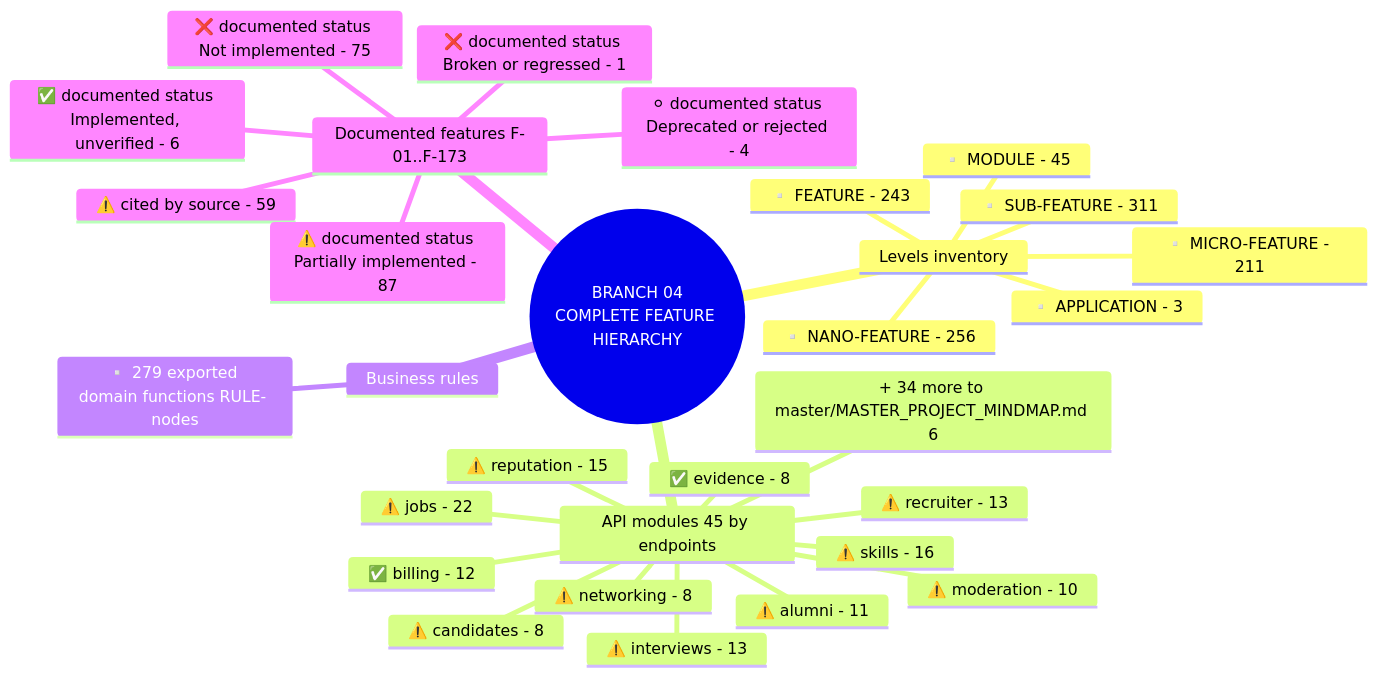
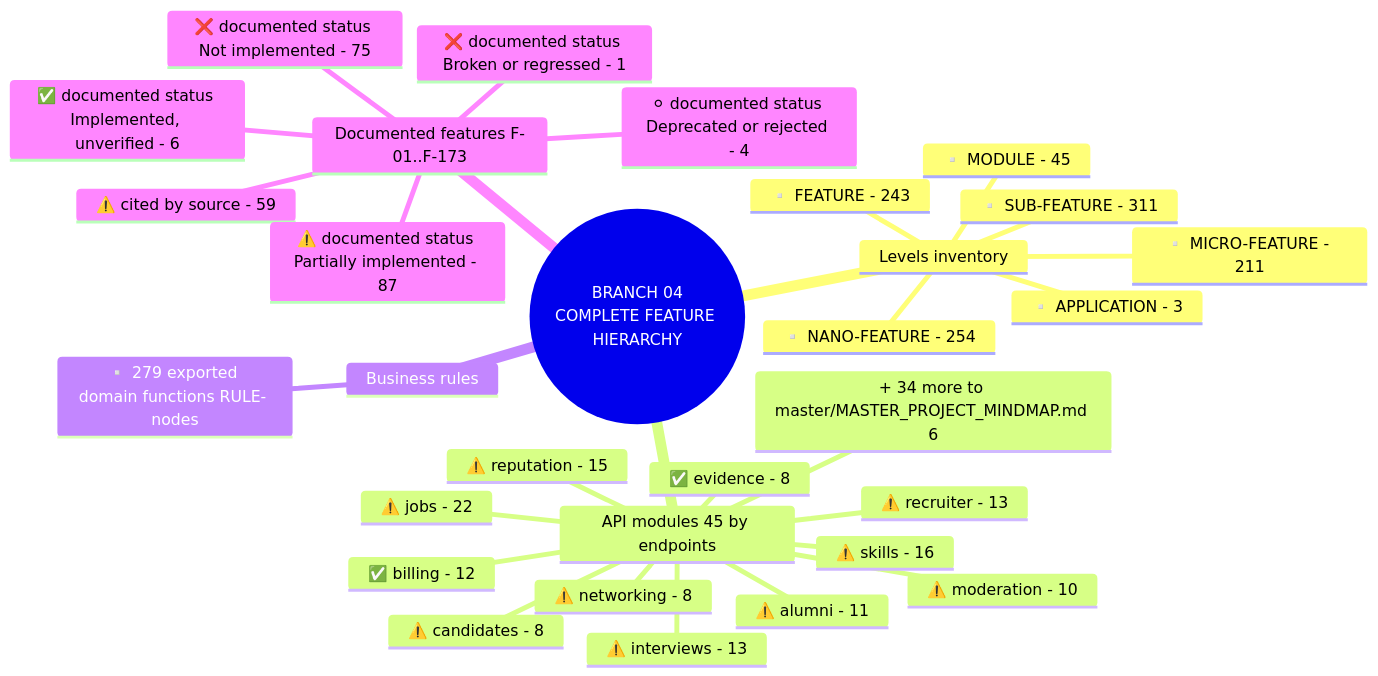
Before and after one commit to yhsomani/talentsphere-complete: the sixth of 22 diagrams in project-mindmap/master/MASTER_PROJECT_DIAGRAMS.md, drawn with Mermaid. The commit also changed other lines of this file and 171 other files, not shown here.

First line of the commit message:
docs(mindmap): feature catalog to nano level and graph views

````diff
--- a/project-mindmap/master/MASTER_PROJECT_DIAGRAMS.md
+++ b/project-mindmap/master/MASTER_PROJECT_DIAGRAMS.md
@@ -199,33 +199,33 @@
 ```mermaid
 mindmap
   root(("BRANCH 04<br/>COMPLETE FEATURE HIERARCHY"))
     Levels inventory
       ▫️ APPLICATION - 3
       ▫️ MODULE - 45
       ▫️ FEATURE - 243
       ▫️ SUB-FEATURE - 311
       ▫️ MICRO-FEATURE - 211
-      ▫️ NANO-FEATURE - 256
+      ▫️ NANO-FEATURE - 254
     API modules 45 by endpoints
       ⚠️ jobs - 22
       ⚠️ skills - 16
       ⚠️ reputation - 15
       ⚠️ interviews - 13
       ⚠️ recruiter - 13
       ✅ billing - 12
       ⚠️ alumni - 11
       ⚠️ moderation - 10
       ✅ evidence - 8
       ⚠️ candidates - 8
       ⚠️ networking - 8
       + 34 more to master/MASTER_PROJECT_MINDMAP.md 6
     Business rules
       ▫️ 279 exported domain functions RULE- nodes
     Documented features F-01..F-173
       ⚠️ cited by source - 59
       ⚠️ documented status Partially implemented - 87
       ❌ documented status Not implemented - 75
       ✅ documented status Implemented, unverified - 6
       ⚪ documented status Deprecated or rejected - 4
       ❌ documented status Broken or regressed - 1
 ```
````
